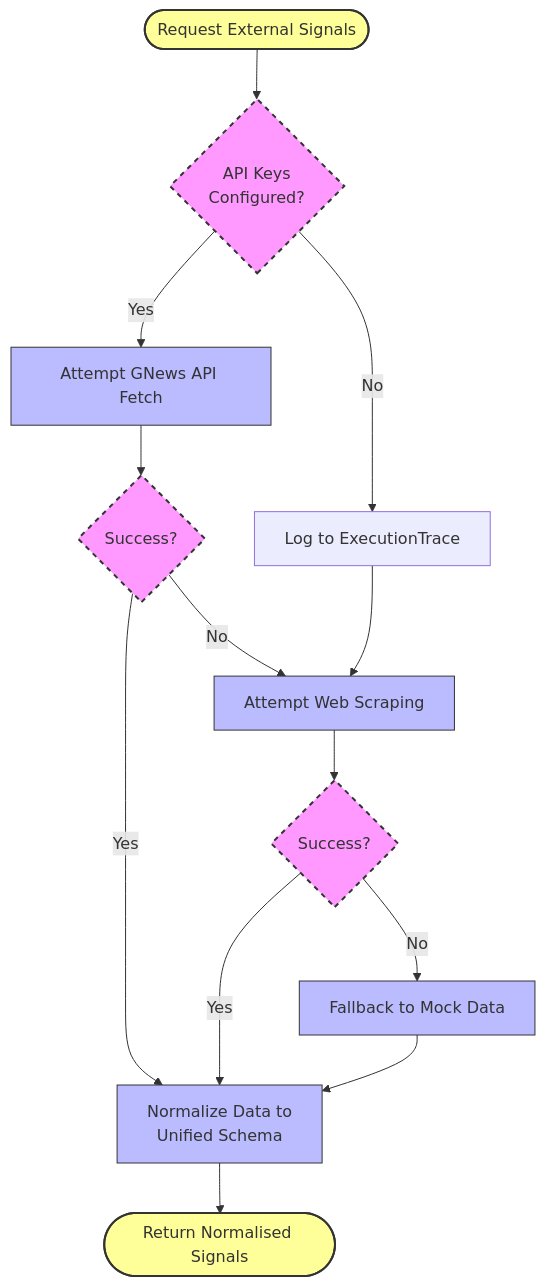
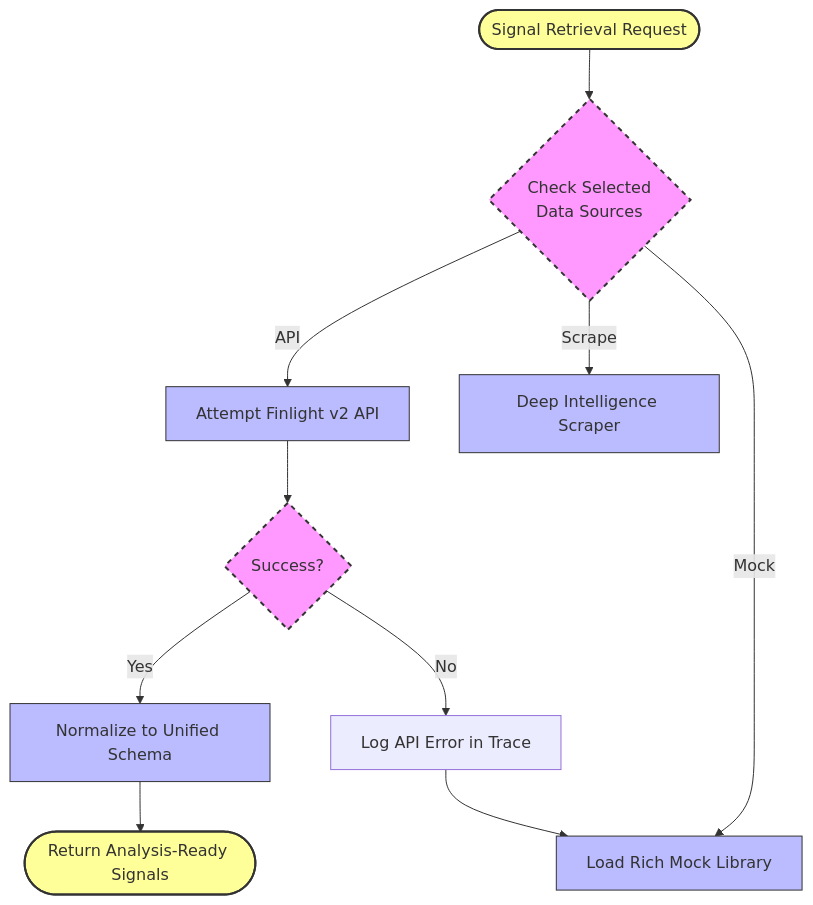
Before and after one commit to SAHUTHUB/AI-Multi-Agent-Market-Exploration-System: the second of 2 diagrams in DATA_SOURCES.md, drawn with Mermaid. The commit also changed other lines of this file and 1 other file, not shown here.

````diff
--- a/DATA_SOURCES.md
+++ b/DATA_SOURCES.md
@@ -94,32 +71,30 @@
 ```mermaid
 graph TD
-    Start([Request External Signals]) --> CheckKeys{API Keys<br/>Configured?}
+    Start([Signal Retrieval Request]) --> InputSources{Check Selected<br/>Data Sources}
     
     %% Pathway 1: API
-    CheckKeys -- Yes --> FetchAPI[Attempt GNews API Fetch]
+    InputSources -- API --> FetchAPI[Attempt Finlight v2 API]
     FetchAPI --> API_Success{Success?}
-    API_Success -- Yes --> Normalize[Normalize Data to<br/>Unified Schema]
+    API_Success -- Yes --> Normalize[Normalize to Unified Schema]
     
-    %% Pathway 2: Scraping
-    CheckKeys -- No --> LogTrace[Log to ExecutionTrace]
-    LogTrace --> Scrape[Attempt Web Scraping]
-    
-    API_Success -- No --> Scrape
-    Scrape --> Scrape_Success{Success?}
-    Scrape_Success -- Yes --> Normalize
+    %% Pathway 2: Scraper
+    InputSources -- Scrape --> Scrape[Deep Intelligence Scraper]
     
     %% Pathway 3: Mock
-    Scrape_Success -- No --> FallbackMock[Fallback to Mock Data]
-    FallbackMock --> Normalize
+    InputSources -- Mock --> LoadMock[Load Rich Mock Library]
     
-    Normalize --> End([Return Normalised Signals])
+    %% Fallback Logic
+    API_Success -- No --> LogWarning[Log API Error in Trace]
+    LogWarning --> LoadMock
+    
+    Normalize --> End([Return Analysis-Ready Signals])
 
     %% Styling
     classDef action fill:#bbf,stroke:#333,stroke-width:1px;
     classDef decision fill:#f9f,stroke:#333,stroke-width:2px,stroke-dasharray: 5 5;
     classDef endnode fill:#ff9,stroke:#333,stroke-width:2px;
     
-    class FetchAPI,Scrape,Normalize,FallbackMock action;
-    class CheckKeys,API_Success,Scrape_Success decision;
+    class FetchAPI,Scrape,Normalize,LoadMock action;
+    class InputSources,API_Success decision;
     class Start,End endnode;
 ```
````
